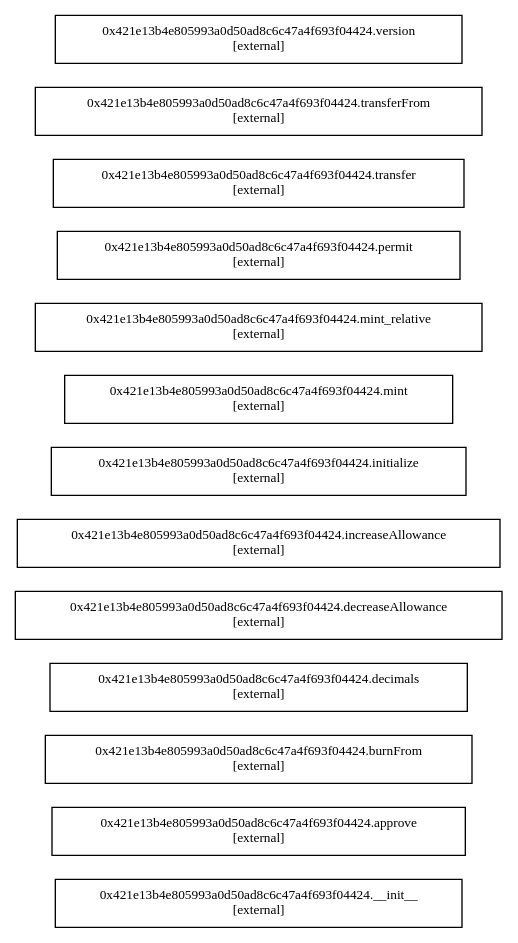
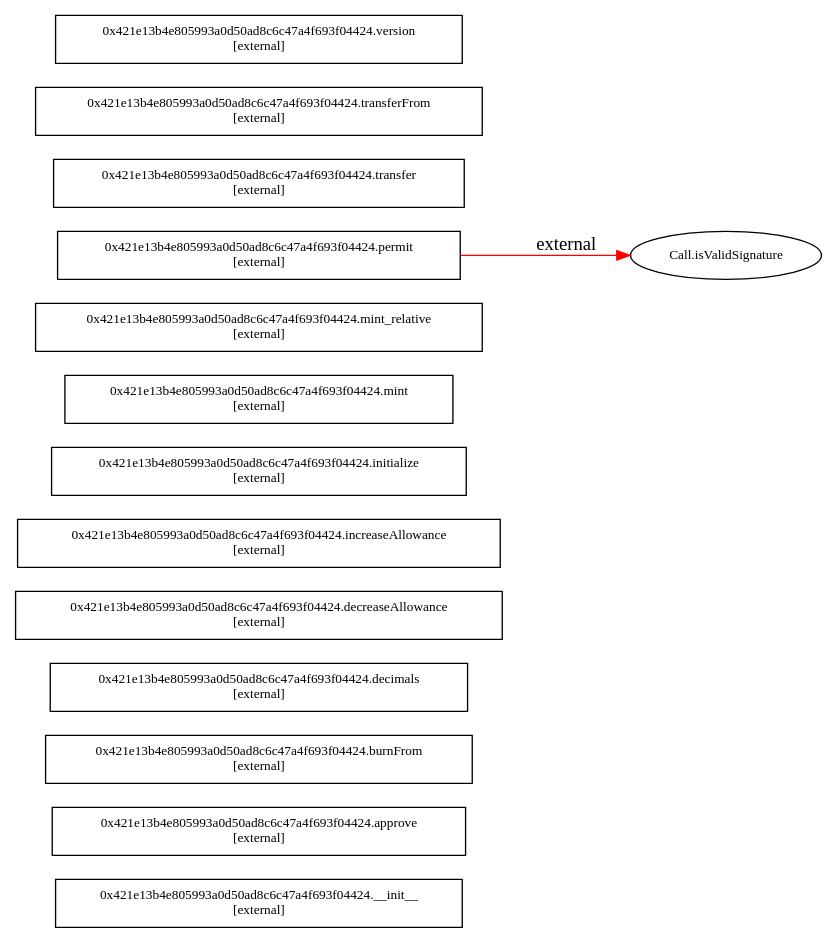
The diagram in Etherscan/Results/0x421e13b4e805993a0d50ad8c6c47a4f693f04424.callgraph.dot (pc9527zxx/ca_preprocess), drawn with Graphviz before and after one commit. The commit also changed 53 other files, not shown here.

```diff
--- a/Etherscan/Results/0x421e13b4e805993a0d50ad8c6c47a4f693f04424.callgraph.dot
+++ b/Etherscan/Results/0x421e13b4e805993a0d50ad8c6c47a4f693f04424.callgraph.dot
@@ -1,17 +1,19 @@
 digraph "callgraph" {
   rankdir=LR;
-  node [shape=box, fontsize=10];
-  "0x421e13b4e805993a0d50ad8c6c47a4f693f04424::__init__" [label="0x421e13b4e805993a0d50ad8c6c47a4f693f04424.__init__\n[external]"];
-  "0x421e13b4e805993a0d50ad8c6c47a4f693f04424::approve" [label="0x421e13b4e805993a0d50ad8c6c47a4f693f04424.approve\n[external]"];
-  "0x421e13b4e805993a0d50ad8c6c47a4f693f04424::burnFrom" [label="0x421e13b4e805993a0d50ad8c6c47a4f693f04424.burnFrom\n[external]"];
-  "0x421e13b4e805993a0d50ad8c6c47a4f693f04424::decimals" [label="0x421e13b4e805993a0d50ad8c6c47a4f693f04424.decimals\n[external]"];
-  "0x421e13b4e805993a0d50ad8c6c47a4f693f04424::decreaseAllowance" [label="0x421e13b4e805993a0d50ad8c6c47a4f693f04424.decreaseAllowance\n[external]"];
-  "0x421e13b4e805993a0d50ad8c6c47a4f693f04424::increaseAllowance" [label="0x421e13b4e805993a0d50ad8c6c47a4f693f04424.increaseAllowance\n[external]"];
-  "0x421e13b4e805993a0d50ad8c6c47a4f693f04424::initialize" [label="0x421e13b4e805993a0d50ad8c6c47a4f693f04424.initialize\n[external]"];
-  "0x421e13b4e805993a0d50ad8c6c47a4f693f04424::mint" [label="0x421e13b4e805993a0d50ad8c6c47a4f693f04424.mint\n[external]"];
-  "0x421e13b4e805993a0d50ad8c6c47a4f693f04424::mint_relative" [label="0x421e13b4e805993a0d50ad8c6c47a4f693f04424.mint_relative\n[external]"];
-  "0x421e13b4e805993a0d50ad8c6c47a4f693f04424::permit" [label="0x421e13b4e805993a0d50ad8c6c47a4f693f04424.permit\n[external]"];
-  "0x421e13b4e805993a0d50ad8c6c47a4f693f04424::transfer" [label="0x421e13b4e805993a0d50ad8c6c47a4f693f04424.transfer\n[external]"];
-  "0x421e13b4e805993a0d50ad8c6c47a4f693f04424::transferFrom" [label="0x421e13b4e805993a0d50ad8c6c47a4f693f04424.transferFrom\n[external]"];
-  "0x421e13b4e805993a0d50ad8c6c47a4f693f04424::version" [label="0x421e13b4e805993a0d50ad8c6c47a4f693f04424.version\n[external]"];
+  node [fontsize=10];
+  "0x421e13b4e805993a0d50ad8c6c47a4f693f04424::__init__" [label="0x421e13b4e805993a0d50ad8c6c47a4f693f04424.__init__\n[external]", shape="box"];
+  "0x421e13b4e805993a0d50ad8c6c47a4f693f04424::approve" [label="0x421e13b4e805993a0d50ad8c6c47a4f693f04424.approve\n[external]", shape="box"];
+  "0x421e13b4e805993a0d50ad8c6c47a4f693f04424::burnFrom" [label="0x421e13b4e805993a0d50ad8c6c47a4f693f04424.burnFrom\n[external]", shape="box"];
+  "0x421e13b4e805993a0d50ad8c6c47a4f693f04424::decimals" [label="0x421e13b4e805993a0d50ad8c6c47a4f693f04424.decimals\n[external]", shape="box"];
+  "0x421e13b4e805993a0d50ad8c6c47a4f693f04424::decreaseAllowance" [label="0x421e13b4e805993a0d50ad8c6c47a4f693f04424.decreaseAllowance\n[external]", shape="box"];
+  "0x421e13b4e805993a0d50ad8c6c47a4f693f04424::increaseAllowance" [label="0x421e13b4e805993a0d50ad8c6c47a4f693f04424.increaseAllowance\n[external]", shape="box"];
+  "0x421e13b4e805993a0d50ad8c6c47a4f693f04424::initialize" [label="0x421e13b4e805993a0d50ad8c6c47a4f693f04424.initialize\n[external]", shape="box"];
+  "0x421e13b4e805993a0d50ad8c6c47a4f693f04424::mint" [label="0x421e13b4e805993a0d50ad8c6c47a4f693f04424.mint\n[external]", shape="box"];
+  "0x421e13b4e805993a0d50ad8c6c47a4f693f04424::mint_relative" [label="0x421e13b4e805993a0d50ad8c6c47a4f693f04424.mint_relative\n[external]", shape="box"];
+  "0x421e13b4e805993a0d50ad8c6c47a4f693f04424::permit" [label="0x421e13b4e805993a0d50ad8c6c47a4f693f04424.permit\n[external]", shape="box"];
+  "0x421e13b4e805993a0d50ad8c6c47a4f693f04424::transfer" [label="0x421e13b4e805993a0d50ad8c6c47a4f693f04424.transfer\n[external]", shape="box"];
+  "0x421e13b4e805993a0d50ad8c6c47a4f693f04424::transferFrom" [label="0x421e13b4e805993a0d50ad8c6c47a4f693f04424.transferFrom\n[external]", shape="box"];
+  "0x421e13b4e805993a0d50ad8c6c47a4f693f04424::version" [label="0x421e13b4e805993a0d50ad8c6c47a4f693f04424.version\n[external]", shape="box"];
+  "unknown::Call.isValidSignature" [label="Call.isValidSignature", shape="ellipse"];
+  "0x421e13b4e805993a0d50ad8c6c47a4f693f04424::permit" -> "unknown::Call.isValidSignature" [label="external", color="red"];
 }
```
